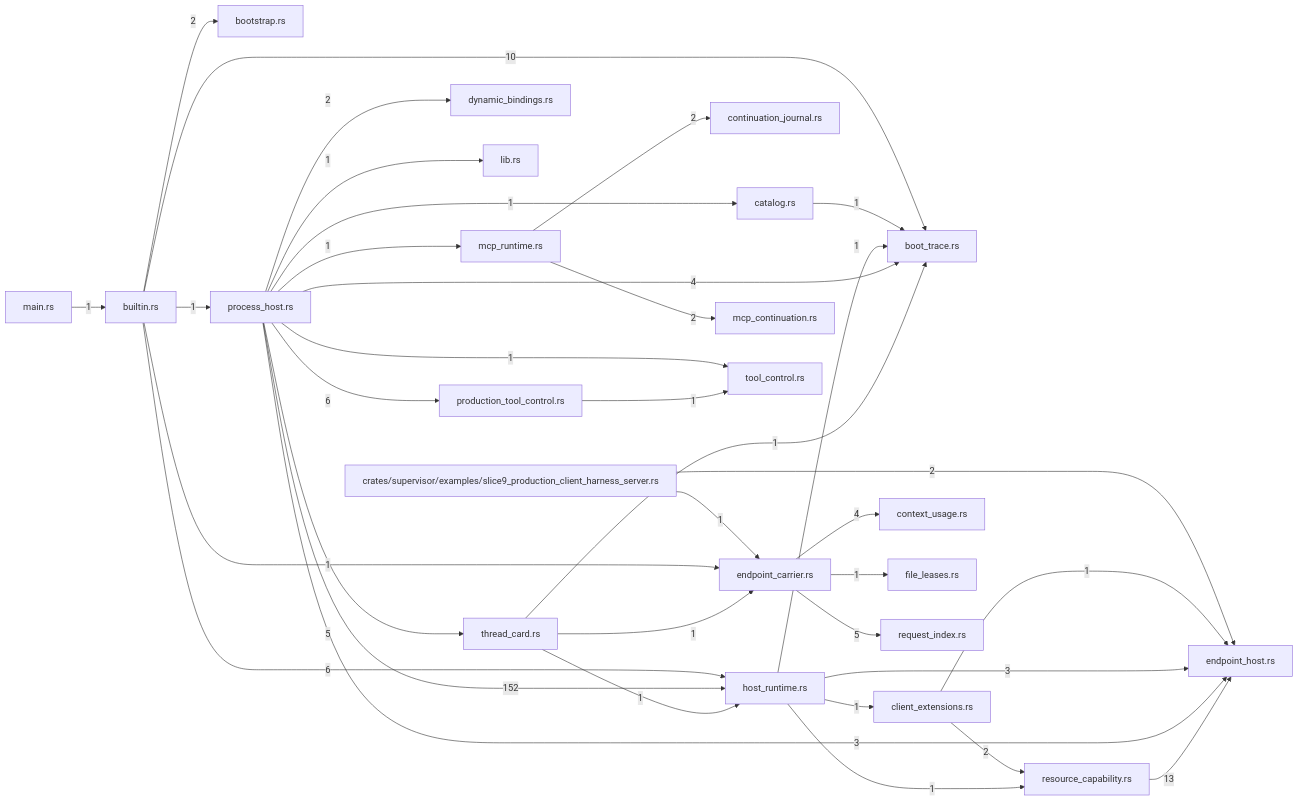
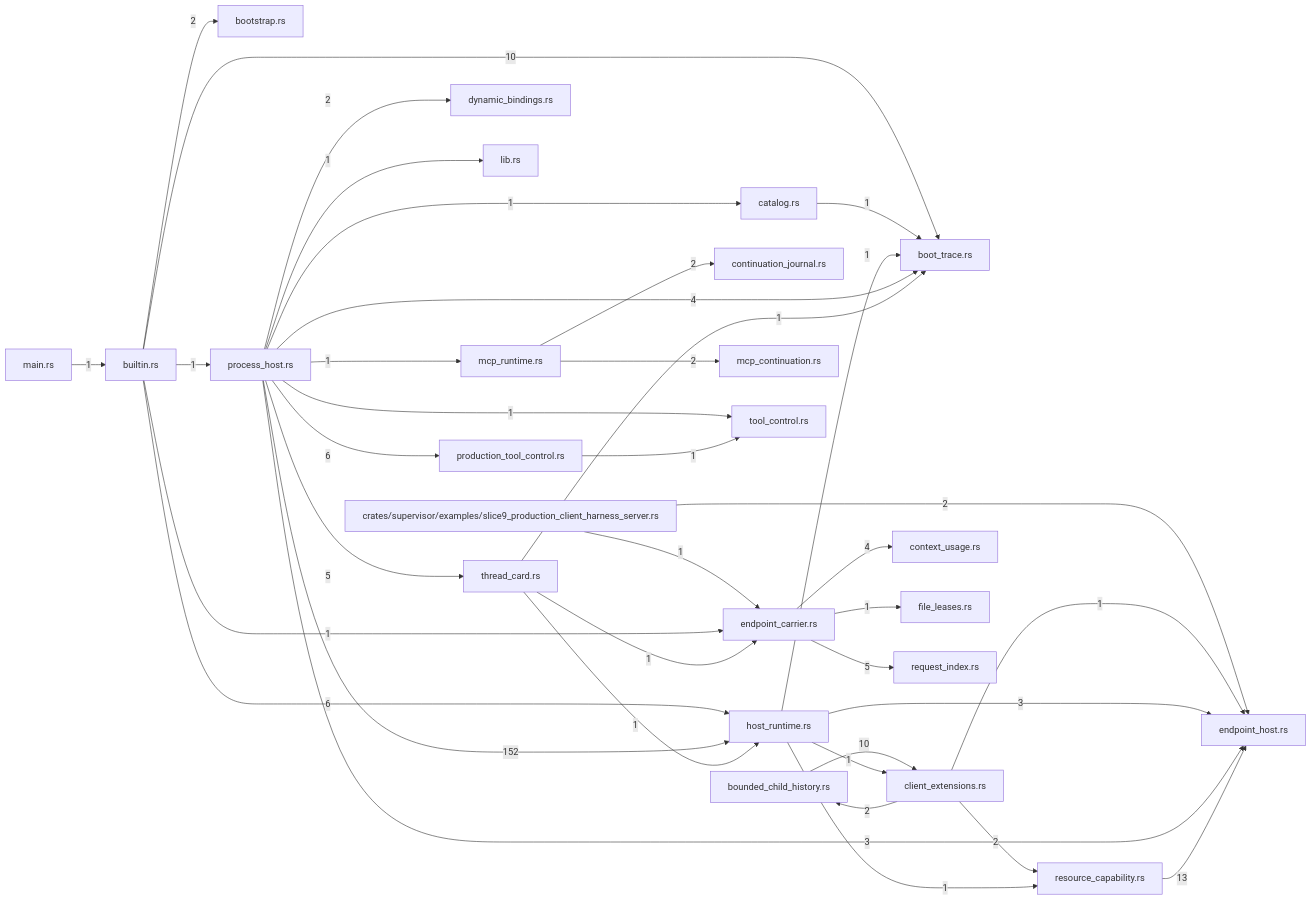
One commit to TekesApps/TekesKernel changed the diagram in crates/supervisor/docs/generated/index.md. Above: the diagram before and after it, drawn with Mermaid. The commit also changed other lines of this file and 38 other files, not shown here.

First line of the commit message:
Release Kernel 0.9.1 with read-only bounded child history (#82)

````diff
--- a/crates/supervisor/docs/generated/index.md
+++ b/crates/supervisor/docs/generated/index.md
@@ -95,61 +96,64 @@
 ```mermaid
 flowchart LR
   m0["crates/supervisor/examples/slice9_production_client_harness_server.rs"]
   m1["boot_trace.rs"]
   m2["bootstrap.rs"]
-  m3["builtin.rs"]
-  m4["catalog.rs"]
-  m5["client_extensions.rs"]
-  m6["context_usage.rs"]
-  m7["continuation_journal.rs"]
-  m8["dynamic_bindings.rs"]
-  m9["endpoint_carrier.rs"]
-  m10["endpoint_host.rs"]
-  m11["file_leases.rs"]
-  m12["host_runtime.rs"]
-  m13["lib.rs"]
-  m14["main.rs"]
-  m15["mcp_continuation.rs"]
-  m16["mcp_runtime.rs"]
-  m17["process_host.rs"]
-  m18["production_tool_control.rs"]
-  m19["request_index.rs"]
-  m20["resource_capability.rs"]
-  m21["thread_card.rs"]
-  m22["tool_control.rs"]
-  m0 -->|"1"| m9
-  m0 -->|"2"| m10
-  m3 -->|"10"| m1
-  m3 -->|"2"| m2
-  m3 -->|"1"| m9
-  m3 -->|"6"| m12
-  m3 -->|"1"| m17
-  m4 -->|"1"| m1
-  m5 -->|"1"| m10
-  m5 -->|"2"| m20
-  m9 -->|"4"| m6
-  m9 -->|"1"| m11
-  m9 -->|"5"| m19
-  m12 -->|"1"| m1
-  m12 -->|"1"| m5
-  m12 -->|"3"| m10
-  m12 -->|"1"| m20
-  m14 -->|"1"| m3
-  m16 -->|"2"| m7
-  m16 -->|"2"| m15
-  m17 -->|"4"| m1
-  m17 -->|"1"| m4
+  m3["bounded_child_history.rs"]
+  m4["builtin.rs"]
+  m5["catalog.rs"]
+  m6["client_extensions.rs"]
+  m7["context_usage.rs"]
+  m8["continuation_journal.rs"]
+  m9["dynamic_bindings.rs"]
+  m10["endpoint_carrier.rs"]
+  m11["endpoint_host.rs"]
+  m12["file_leases.rs"]
+  m13["host_runtime.rs"]
+  m14["lib.rs"]
+  m15["main.rs"]
+  m16["mcp_continuation.rs"]
+  m17["mcp_runtime.rs"]
+  m18["process_host.rs"]
+  m19["production_tool_control.rs"]
+  m20["request_index.rs"]
+  m21["resource_capability.rs"]
+  m22["thread_card.rs"]
+  m23["tool_control.rs"]
+  m0 -->|"1"| m10
+  m0 -->|"2"| m11
+  m3 -->|"10"| m6
+  m4 -->|"10"| m1
+  m4 -->|"2"| m2
+  m4 -->|"1"| m10
+  m4 -->|"6"| m13
+  m4 -->|"1"| m18
+  m5 -->|"1"| m1
+  m6 -->|"2"| m3
+  m6 -->|"1"| m11
+  m6 -->|"2"| m21
+  m10 -->|"4"| m7
+  m10 -->|"1"| m12
+  m10 -->|"5"| m20
+  m13 -->|"1"| m1
+  m13 -->|"1"| m6
+  m13 -->|"3"| m11
+  m13 -->|"1"| m21
+  m15 -->|"1"| m4
   m17 -->|"2"| m8
-  m17 -->|"3"| m10
-  m17 -->|"152"| m12
-  m17 -->|"1"| m13
-  m17 -->|"1"| m16
-  m17 -->|"6"| m18
-  m17 -->|"5"| m21
-  m17 -->|"1"| m22
-  m18 -->|"1"| m22
-  m20 -->|"13"| m10
-  m21 -->|"1"| m1
-  m21 -->|"1"| m9
-  m21 -->|"1"| m12
+  m17 -->|"2"| m16
+  m18 -->|"4"| m1
+  m18 -->|"1"| m5
+  m18 -->|"2"| m9
+  m18 -->|"3"| m11
+  m18 -->|"152"| m13
+  m18 -->|"1"| m14
+  m18 -->|"1"| m17
+  m18 -->|"6"| m19
+  m18 -->|"5"| m22
+  m18 -->|"1"| m23
+  m19 -->|"1"| m23
+  m21 -->|"13"| m11
+  m22 -->|"1"| m1
+  m22 -->|"1"| m10
+  m22 -->|"1"| m13
 ```
````
